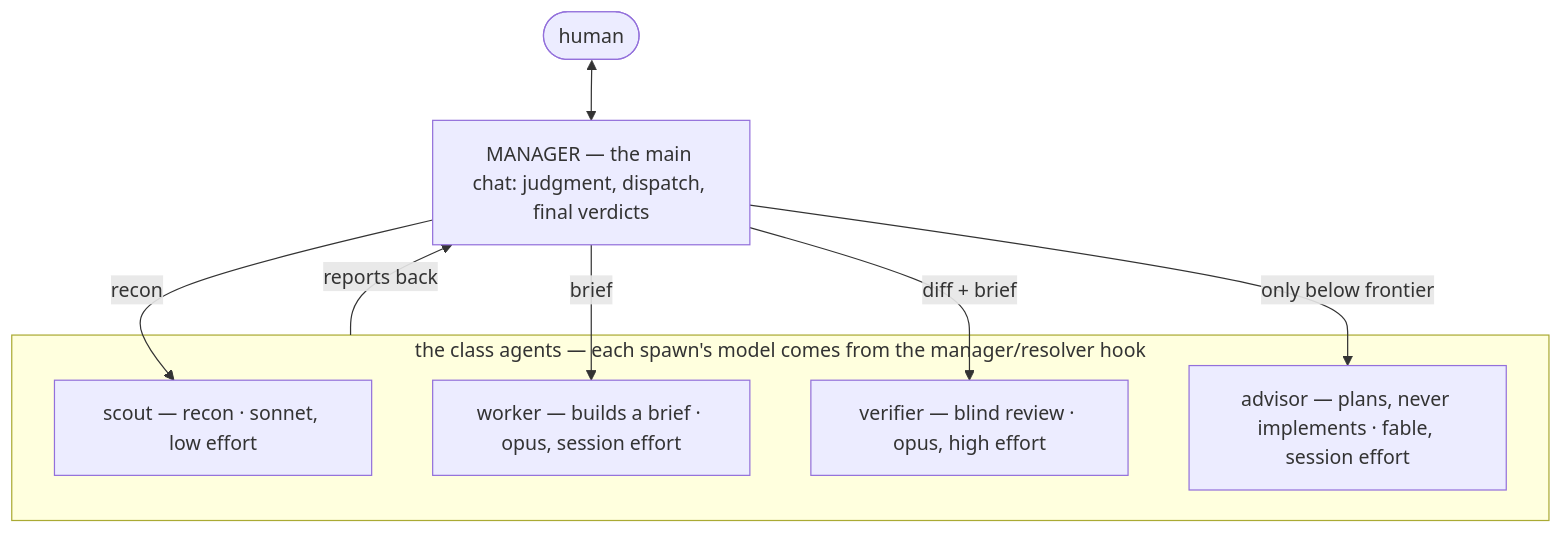
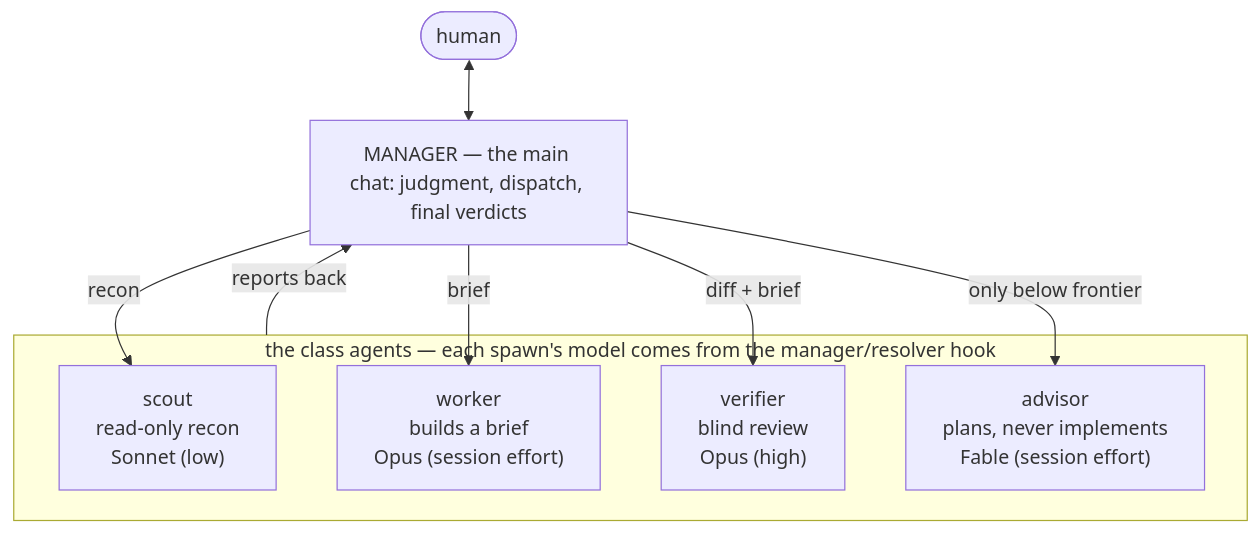
Before and after one commit to itw-creative-works/workkit: the second of 2 diagrams in README.md, drawn with Mermaid. The commit also changed other lines of this file, not shown here.

First line of the commit message:
docs(readme): chart polish — dotted returns, commands in boxes, legible crew

````diff
--- a/README.md
+++ b/README.md
@@ -28,17 +30,17 @@
 ```mermaid
 flowchart TB
     Human([human]) <--> Manager["MANAGER — the main chat: judgment, dispatch, final verdicts"]
 
     subgraph Crew["the class agents — each spawn's model comes from the manager/resolver hook"]
-        Scout["scout — recon · sonnet, low effort"]
-        Worker["worker — builds a brief · opus, session effort"]
-        Verifier["verifier — blind review · opus, high effort"]
-        Advisor["advisor — plans, never implements · fable, session effort"]
+        Scout["scout<br>read-only recon<br>Sonnet (low)"]
+        Worker["worker<br>builds a brief<br>Opus (session effort)"]
+        Verifier["verifier<br>blind review<br>Opus (high)"]
+        Advisor["advisor<br>plans, never implements<br>Fable (session effort)"]
     end
 
     Manager -->|recon| Scout
     Manager -->|brief| Worker
     Manager -->|diff + brief| Verifier
     Manager -->|only below frontier| Advisor
     Crew -->|reports back| Manager
 ```
````
